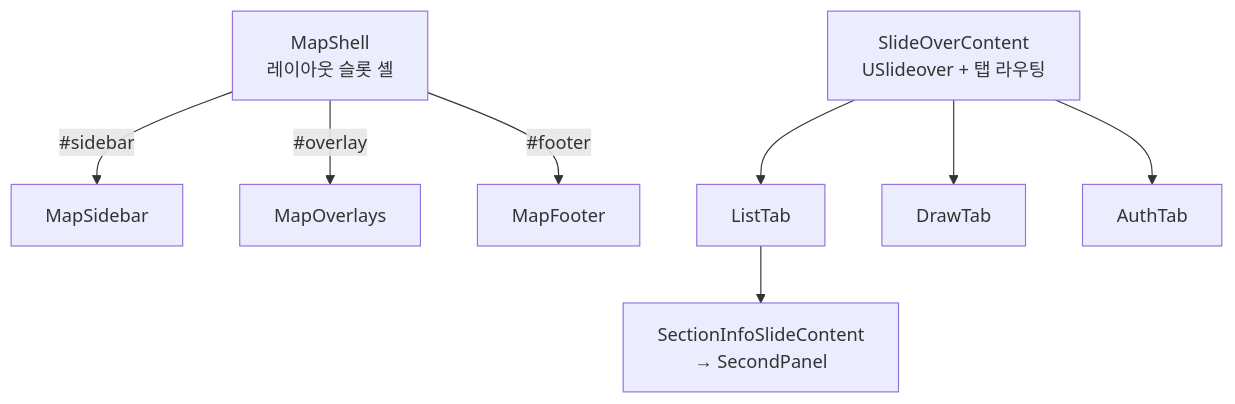
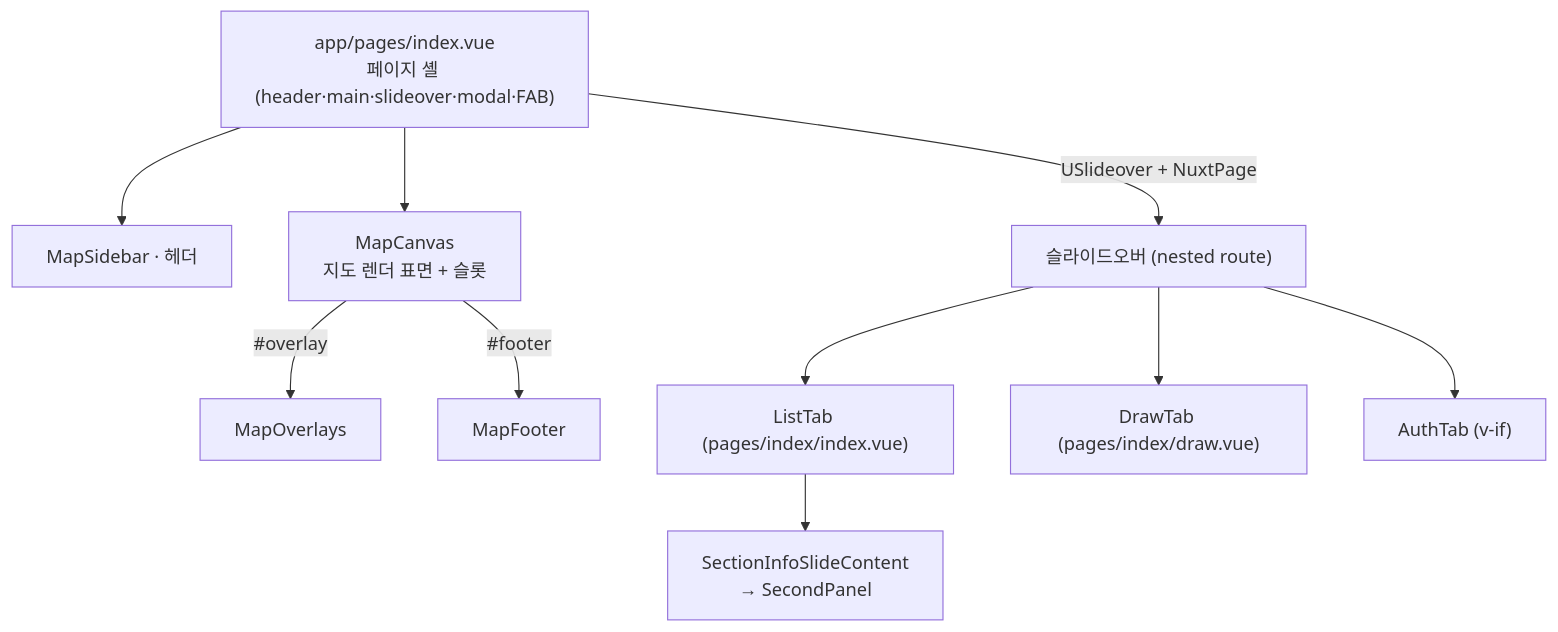
One commit to gomj-runnable/runnable2.0 changed the second of 2 diagrams in docs/design-wiki/D3-Components.md. Above: the diagram before and after it, drawn with Mermaid. The commit also changed other lines of this file and 50 other files, not shown here.

First line of the commit message:
refactor(map): map-shell 위젯을 map-page로 리네임 + 참조·문서 갱신

````diff
--- a/docs/design-wiki/D3-Components.md
+++ b/docs/design-wiki/D3-Components.md
@@ -136,12 +136,13 @@
 ```mermaid
 flowchart TB
-    MS["MapShell<br/>레이아웃 슬롯 셸"]
-    MS -->|#sidebar| SB[MapSidebar]
-    MS -->|#overlay| OV[MapOverlays]
-    MS -->|#footer| FT[MapFooter]
-    SOC["SlideOverContent<br/>USlideover + 탭 라우팅"]
-    SOC --> LT[ListTab]
-    SOC --> DT[DrawTab]
-    SOC --> AT[AuthTab]
+    PG["app/pages/index.vue<br/>페이지 셸 (header·main·slideover·modal·FAB)"]
+    PG --> SB[MapSidebar · 헤더]
+    PG --> MC["MapCanvas<br/>지도 렌더 표면 + 슬롯"]
+    MC -->|#overlay| OV[MapOverlays]
+    MC -->|#footer| FT[MapFooter]
+    PG -->|USlideover + NuxtPage| SO["슬라이드오버 (nested route)"]
+    SO --> LT["ListTab (pages/index/index.vue)"]
+    SO --> DT["DrawTab (pages/index/draw.vue)"]
+    SO --> AT["AuthTab (v-if)"]
     LT --> SIS["SectionInfoSlideContent<br/>→ SecondPanel"]
 ```
````
